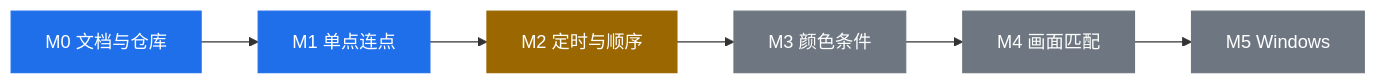
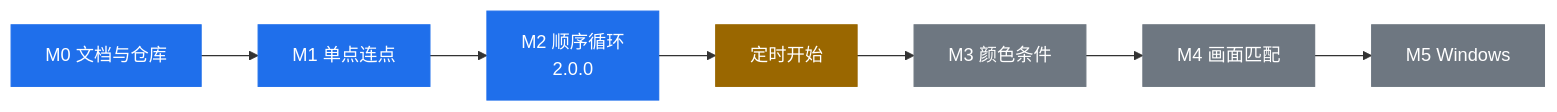
One commit to Armstrong2015/floatap changed the third of 4 diagrams in README.md. Above: the diagram before and after it, drawn with Mermaid. The commit also changed other lines of this file and 6 other files, not shown here.

````diff
--- a/README.md
+++ b/README.md
@@ -65,15 +67,16 @@
 ```mermaid
 flowchart LR
   M0["M0 文档与仓库"] --> M1["M1 单点连点"]
-  M1 --> M2["M2 定时与顺序"]
-  M2 --> M3["M3 颜色条件"]
+  M1 --> M2["M2 顺序循环<br/>2.0.0"]
+  M2 --> M2b["定时开始"]
+  M2b --> M3["M3 颜色条件"]
   M3 --> M4["M4 画面匹配"]
   M4 --> M5["M5 Windows"]
 
   classDef done fill:#1f6feb,stroke:#1f6feb,color:#ffffff
   classDef next fill:#9a6700,stroke:#9a6700,color:#ffffff
   classDef later fill:#6e7781,stroke:#6e7781,color:#ffffff
-  class M0,M1 done
-  class M2 next
+  class M0,M1,M2 done
+  class M2b next
   class M3,M4,M5 later
 ```
````
